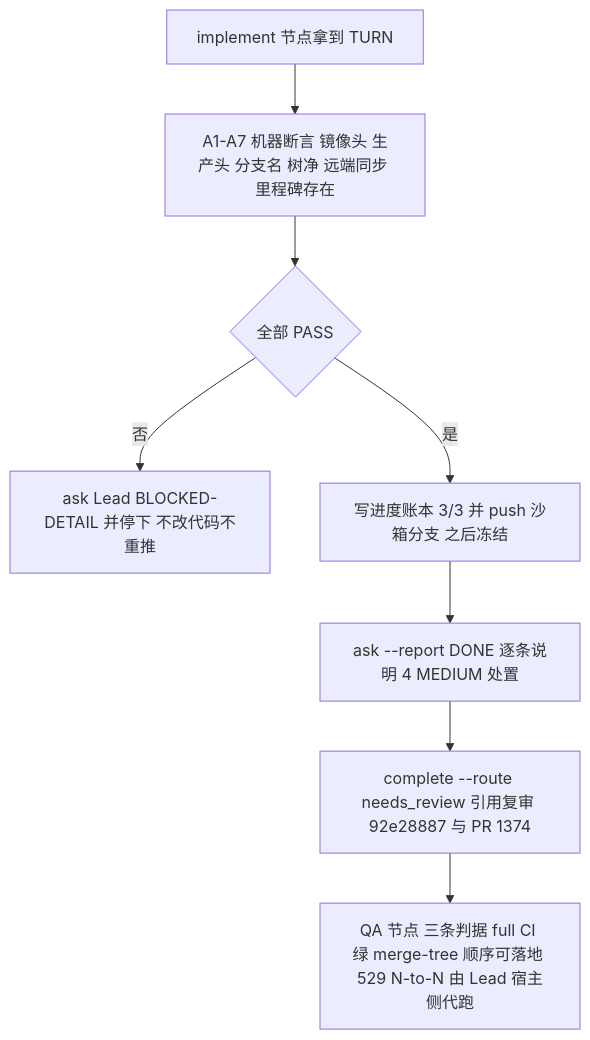
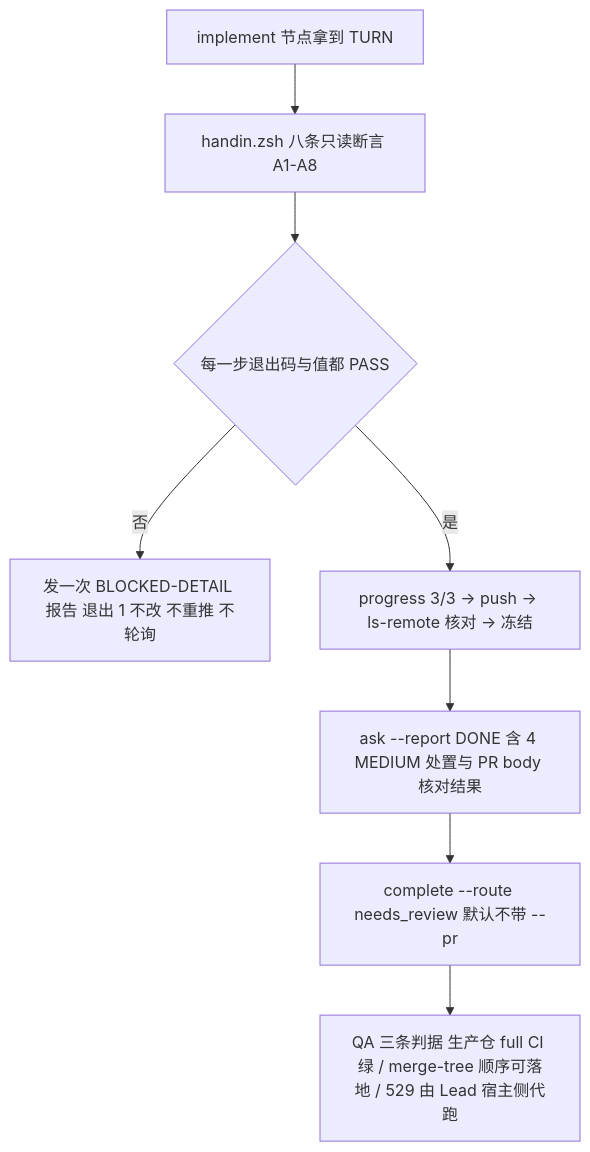
The diagram in engineering/doc/FLY-2922-unified-node-recovery/plan.md (xrliAnnie/flywheel-qa-sandbox), drawn with Mermaid before and after one commit. The commit also changed other lines of this file and 11 other files, not shown here.

````diff
--- a/engineering/doc/FLY-2922-unified-node-recovery/plan.md
+++ b/engineering/doc/FLY-2922-unified-node-recovery/plan.md
@@ -12,10 +12,10 @@
 ```mermaid
 flowchart TD
-  A[implement 节点拿到 TURN] --> B[A1-A7 机器断言 镜像头 生产头 分支名 树净 远端同步 里程碑存在]
-  B --> C{全部 PASS}
-  C -->|否| D[ask Lead BLOCKED-DETAIL 并停下 不改代码不重推]
-  C -->|是| E[写进度账本 3/3 并 push 沙箱分支 之后冻结]
-  E --> F[ask --report DONE 逐条说明 4 MEDIUM 处置]
-  F --> G[complete --route needs_review 引用复审 92e28887 与 PR 1374]
-  G --> H[QA 节点 三条判据 full CI 绿 merge-tree 顺序可落地 529 N-to-N 由 Lead 宿主侧代跑]
+  A[implement 节点拿到 TURN] --> B[handin.zsh 八条只读断言 A1-A8]
+  B --> C{每一步退出码与值都 PASS}
+  C -->|否| D[发一次 BLOCKED-DETAIL 报告 退出 1 不改 不重推 不轮询]
+  C -->|是| E[progress 3/3 → push → ls-remote 核对 → 冻结]
+  E --> F[ask --report DONE 含 4 MEDIUM 处置与 PR body 核对结果]
+  F --> G[complete --route needs_review 默认不带 --pr]
+  G --> H[QA 三条判据 生产仓 full CI 绿 / merge-tree 顺序可落地 / 529 由 Lead 宿主侧代跑]
 ```
````
